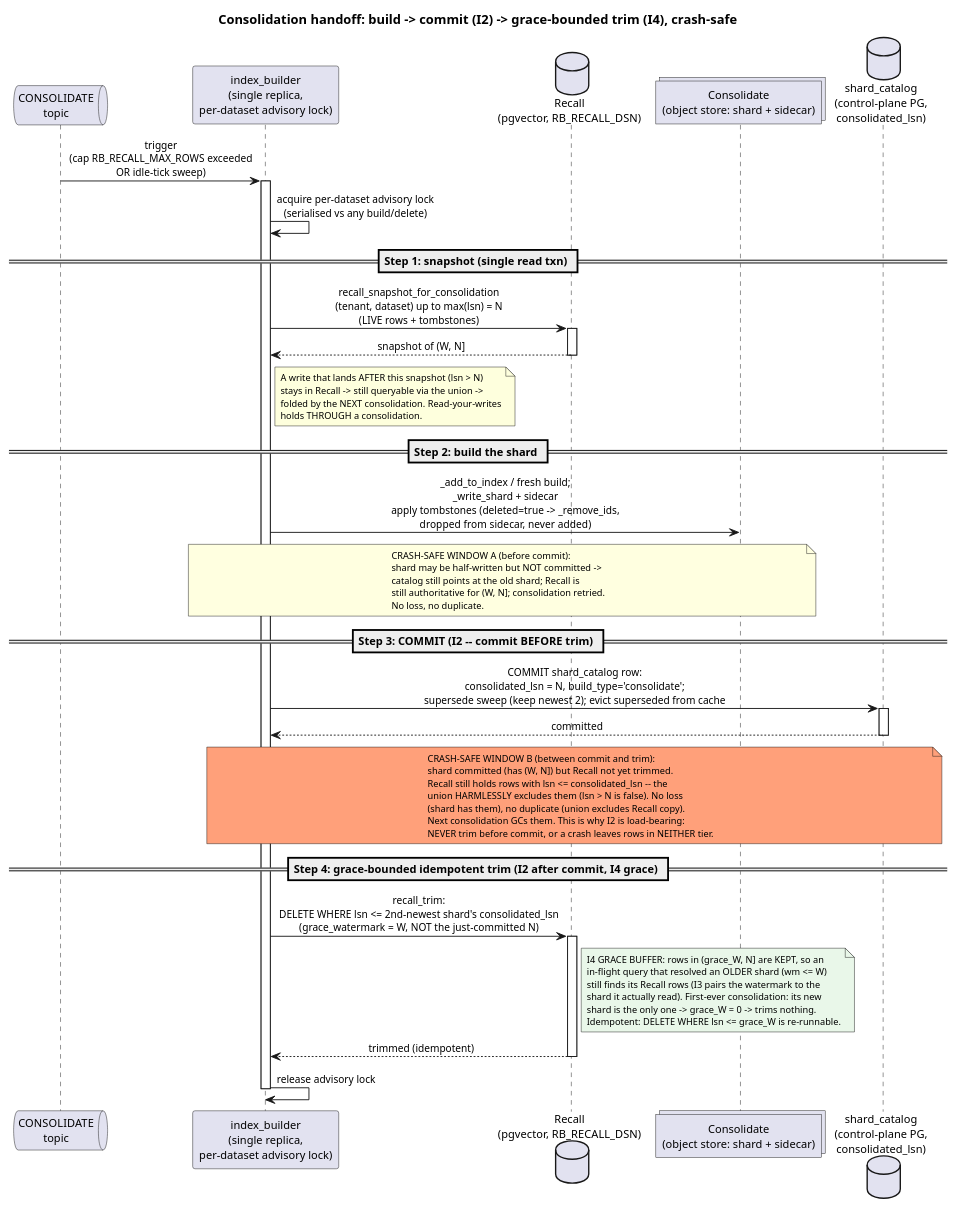
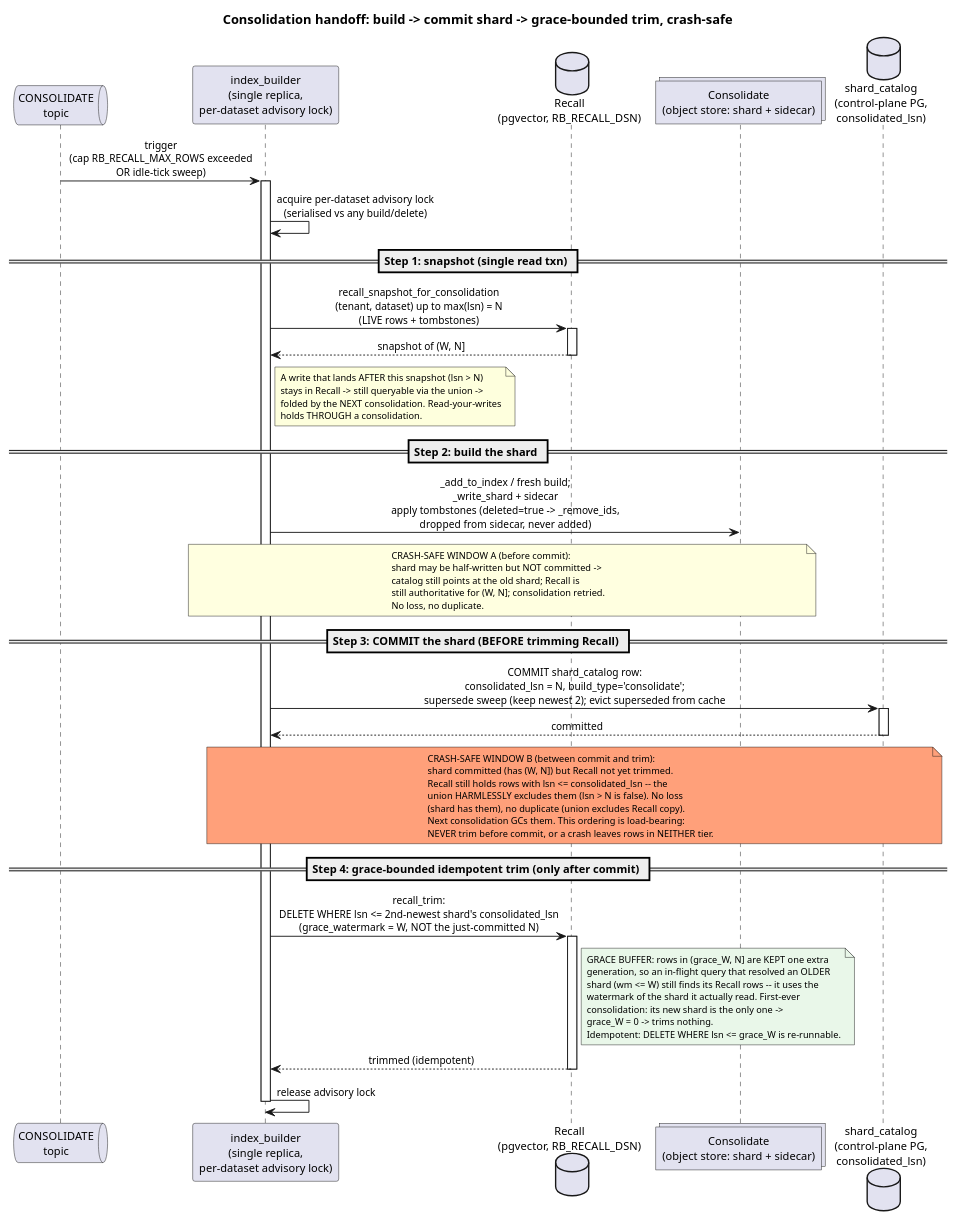
Before and after one commit to rosalinddb/rosalinddb: the diagram in docs/architecture/diagrams/recall-consolidate-consolidation.puml, drawn with PlantUML. The commit also changed 4 other files, not shown here.

First line of the commit message:
Revise Recall/Consolidate diagrams for readability

```diff
--- a/docs/architecture/diagrams/recall-consolidate-consolidation.puml
+++ b/docs/architecture/diagrams/recall-consolidate-consolidation.puml
@@ -1,87 +1,88 @@
 @startuml recall-consolidate-consolidation
-' The handoff sequence (I2 / I4): the index_builder snapshots Recall up to N,
+' The handoff sequence: the index_builder snapshots Recall up to N,
 ' builds + commits the shard (consolidated_lsn = N), then runs a grace-bounded
 ' idempotent trim (to the 2nd-newest shard's watermark). Annotates the
-' load-bearing commit-then-trim ordering (I2) and the grace buffer (I4), and
-' marks the crash-safe windows across the two-database seam (no distributed
-' transaction): Recall rows in RB_RECALL_DSN, consolidated_lsn in the
-' control-plane catalog.
+' load-bearing commit-the-shard-BEFORE-trimming-Recall ordering and the grace
+' buffer, and marks the crash-safe windows across the two-database seam (no
+' distributed transaction): Recall rows in RB_RECALL_DSN, consolidated_lsn in
+' the control-plane catalog.
 
-title Consolidation handoff: build -> commit (I2) -> grace-bounded trim (I4), crash-safe
+title Consolidation handoff: build -> commit shard -> grace-bounded trim, crash-safe
 
 skinparam shadowing false
 skinparam defaultFontName Helvetica
 skinparam defaultFontSize 12
 skinparam ArrowFontSize 11
 skinparam NoteFontSize 10
 skinparam sequenceMessageAlign center
 
 queue "CONSOLIDATE\ntopic" as q
 participant "index_builder\n(single replica,\nper-dataset advisory lock)" as builder
 database "Recall\n(pgvector, RB_RECALL_DSN)" as recall
 collections "Consolidate\n(object store: shard + sidecar)" as os
 database "shard_catalog\n(control-plane PG,\nconsolidated_lsn)" as catalog
 
 q -> builder : trigger\n(cap RB_RECALL_MAX_ROWS exceeded\nOR idle-tick sweep)
 activate builder
 builder -> builder : acquire per-dataset advisory lock\n(serialised vs any build/delete)
 
 == Step 1: snapshot (single read txn) ==
 
 builder -> recall : recall_snapshot_for_consolidation\n(tenant, dataset) up to max(lsn) = N\n(LIVE rows + tombstones)
 activate recall
 recall --> builder : snapshot of (W, N]
 deactivate recall
 note right of builder
   A write that lands AFTER this snapshot (lsn > N)
   stays in Recall -> still queryable via the union ->
   folded by the NEXT consolidation. Read-your-writes
   holds THROUGH a consolidation.
 end note
 
 == Step 2: build the shard ==
 
 builder -> os : _add_to_index / fresh build;\n_write_shard + sidecar\napply tombstones (deleted=true -> _remove_ids,\ndropped from sidecar, never added)
 note over builder, os #LightYellow
   CRASH-SAFE WINDOW A (before commit):
   shard may be half-written but NOT committed ->
   catalog still points at the old shard; Recall is
   still authoritative for (W, N]; consolidation retried.
   No loss, no duplicate.
 end note
 
-== Step 3: COMMIT (I2 -- commit BEFORE trim) ==
+== Step 3: COMMIT the shard (BEFORE trimming Recall) ==
 
 builder -> catalog : COMMIT shard_catalog row:\nconsolidated_lsn = N, build_type='consolidate';\nsupersede sweep (keep newest 2); evict superseded from cache
 activate catalog
 catalog --> builder : committed
 deactivate catalog
 note over builder, catalog #LightSalmon
   CRASH-SAFE WINDOW B (between commit and trim):
   shard committed (has (W, N]) but Recall not yet trimmed.
   Recall still holds rows with lsn <= consolidated_lsn -- the
   union HARMLESSLY excludes them (lsn > N is false). No loss
   (shard has them), no duplicate (union excludes Recall copy).
-  Next consolidation GCs them. This is why I2 is load-bearing:
+  Next consolidation GCs them. This ordering is load-bearing:
   NEVER trim before commit, or a crash leaves rows in NEITHER tier.
 end note
 
-== Step 4: grace-bounded idempotent trim (I2 after commit, I4 grace) ==
+== Step 4: grace-bounded idempotent trim (only after commit) ==
 
 builder -> recall : recall_trim:\nDELETE WHERE lsn <= 2nd-newest shard's consolidated_lsn\n(grace_watermark = W, NOT the just-committed N)
 activate recall
 note right of recall #E9F7E9
-  I4 GRACE BUFFER: rows in (grace_W, N] are KEPT, so an
-  in-flight query that resolved an OLDER shard (wm <= W)
-  still finds its Recall rows (I3 pairs the watermark to the
-  shard it actually read). First-ever consolidation: its new
-  shard is the only one -> grace_W = 0 -> trims nothing.
+  GRACE BUFFER: rows in (grace_W, N] are KEPT one extra
+  generation, so an in-flight query that resolved an OLDER
+  shard (wm <= W) still finds its Recall rows -- it uses the
+  watermark of the shard it actually read. First-ever
+  consolidation: its new shard is the only one ->
+  grace_W = 0 -> trims nothing.
   Idempotent: DELETE WHERE lsn <= grace_W is re-runnable.
 end note
 recall --> builder : trimmed (idempotent)
 deactivate recall
 
 builder -> builder : release advisory lock
 deactivate builder
 
 @enduml
```
